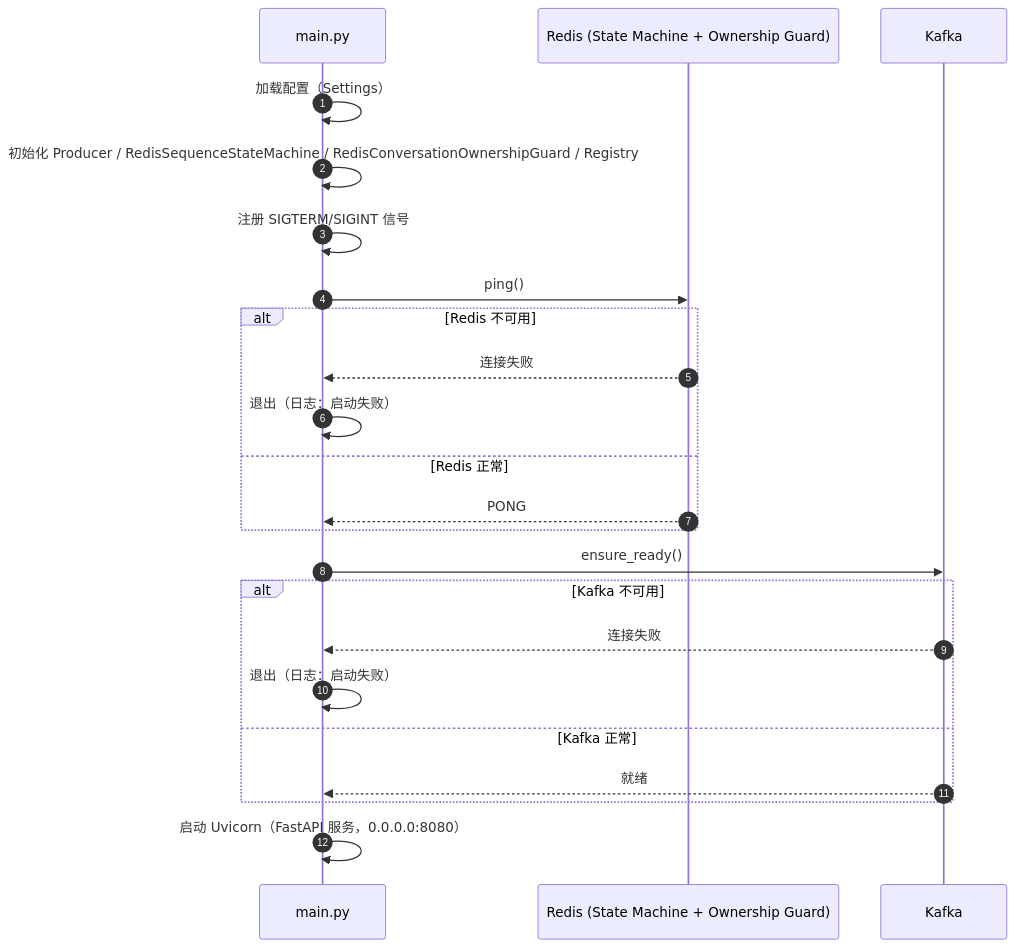
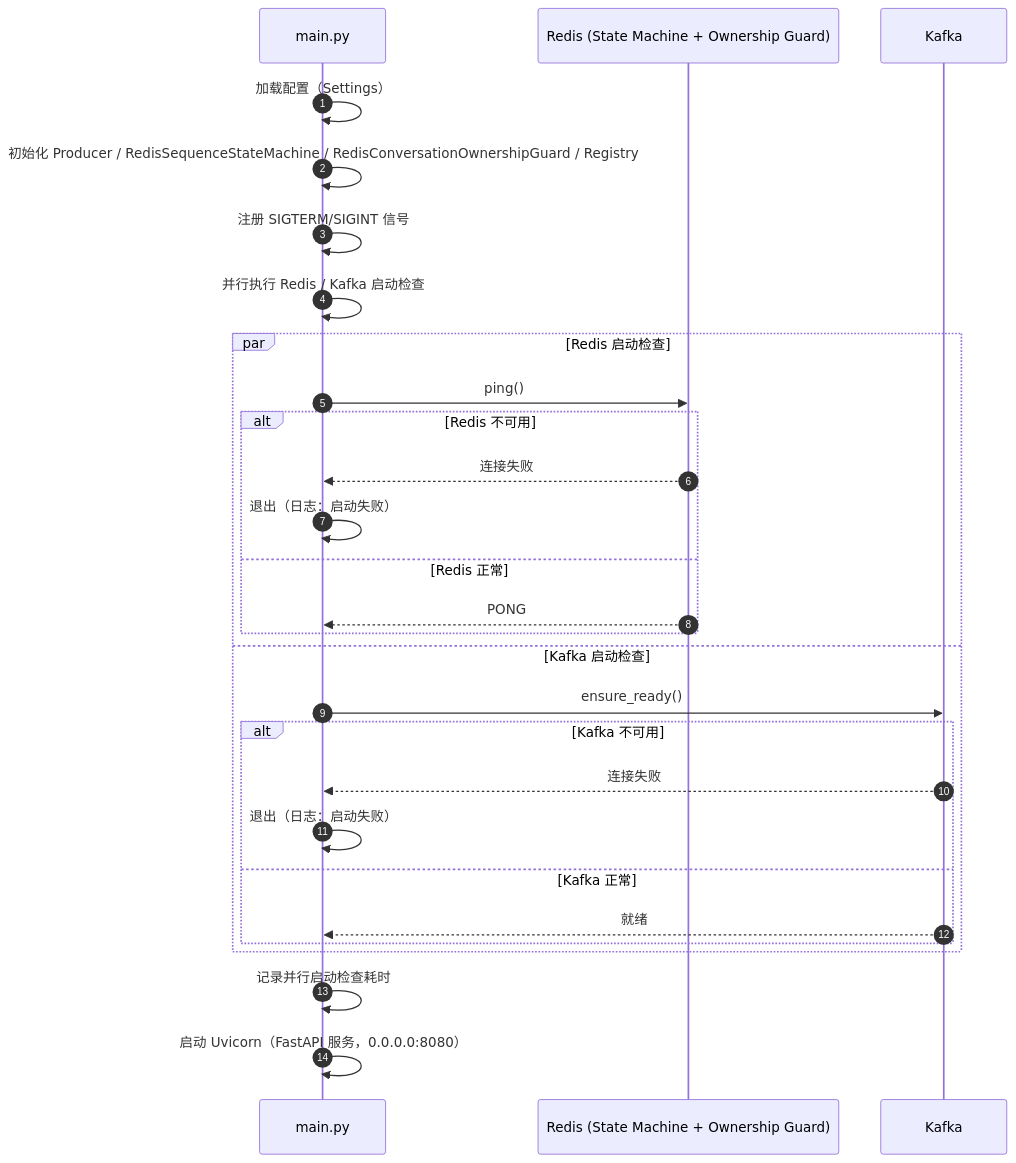
One commit to xiaodouya001/transcribe_service changed the second of 6 diagrams in design/application-design_zh.md. Above: the diagram before and after it, drawn with Mermaid. The commit also changed other lines of this file and 12 other files, not shown here.

````diff
--- a/design/application-design_zh.md
+++ b/design/application-design_zh.md
@@ -80,29 +80,34 @@
 ```mermaid
 sequenceDiagram
     autonumber
     participant Main as main.py
     participant RedisCore as Redis (State Machine + Ownership Guard)
     participant Kafka as Kafka
 
     Main->>Main: 加载配置（Settings）
     Main->>Main: 初始化 Producer / RedisSequenceStateMachine / RedisConversationOwnershipGuard / Registry
     Main->>Main: 注册 SIGTERM/SIGINT 信号
 
-    Main->>RedisCore: ping()
-    alt Redis 不可用
-        RedisCore-->>Main: 连接失败
-        Main->>Main: 退出（日志：启动失败）
-    else Redis 正常
-        RedisCore-->>Main: PONG
+    Main->>Main: 并行执行 Redis / Kafka 启动检查
+    par Redis 启动检查
+        Main->>RedisCore: ping()
+        alt Redis 不可用
+            RedisCore-->>Main: 连接失败
+            Main->>Main: 退出（日志：启动失败）
+        else Redis 正常
+            RedisCore-->>Main: PONG
+        end
+    and Kafka 启动检查
+        Main->>Kafka: ensure_ready()
+        alt Kafka 不可用
+            Kafka-->>Main: 连接失败
+            Main->>Main: 退出（日志：启动失败）
+        else Kafka 正常
+            Kafka-->>Main: 就绪
+        end
     end
 
-    Main->>Kafka: ensure_ready()
-    alt Kafka 不可用
-        Kafka-->>Main: 连接失败
-        Main->>Main: 退出（日志：启动失败）
-    else Kafka 正常
-        Kafka-->>Main: 就绪
-    end
+    Main->>Main: 记录并行启动检查耗时
 
     Main->>Main: 启动 Uvicorn（FastAPI 服务，0.0.0.0:8080）
 ```
````
